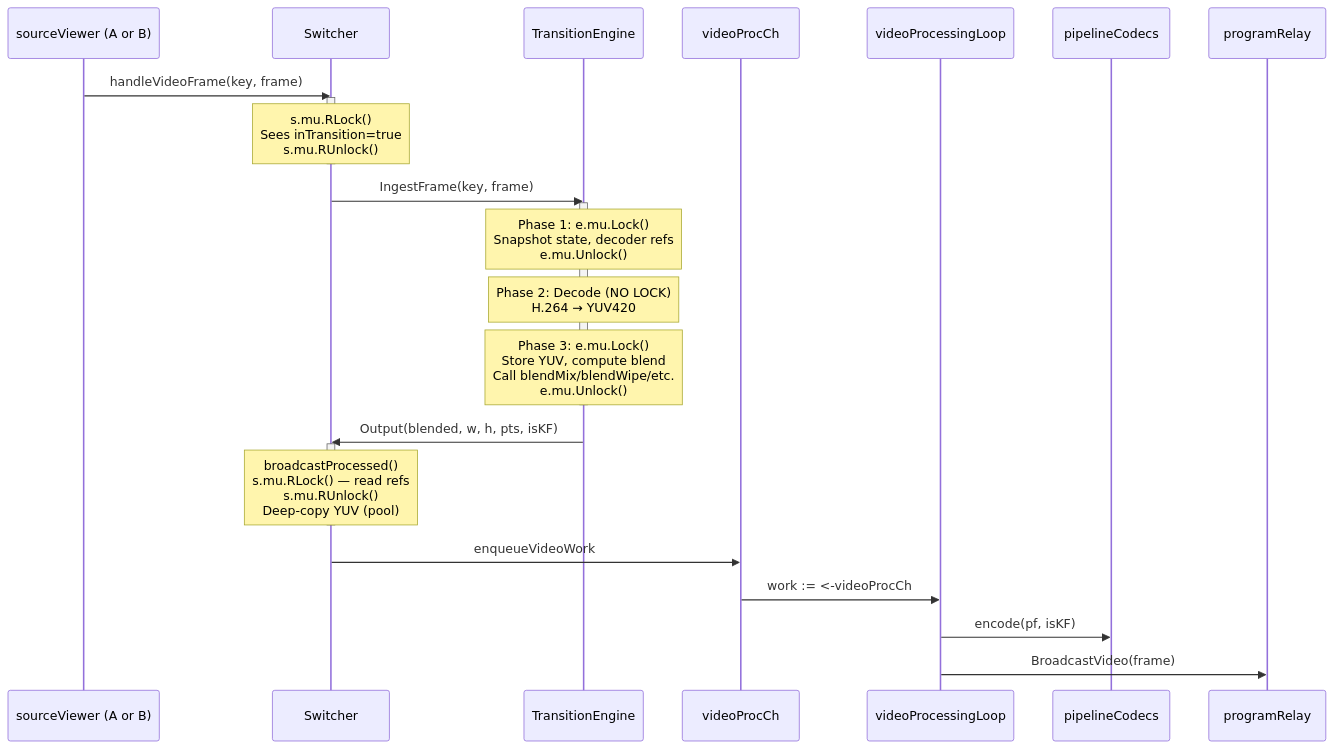
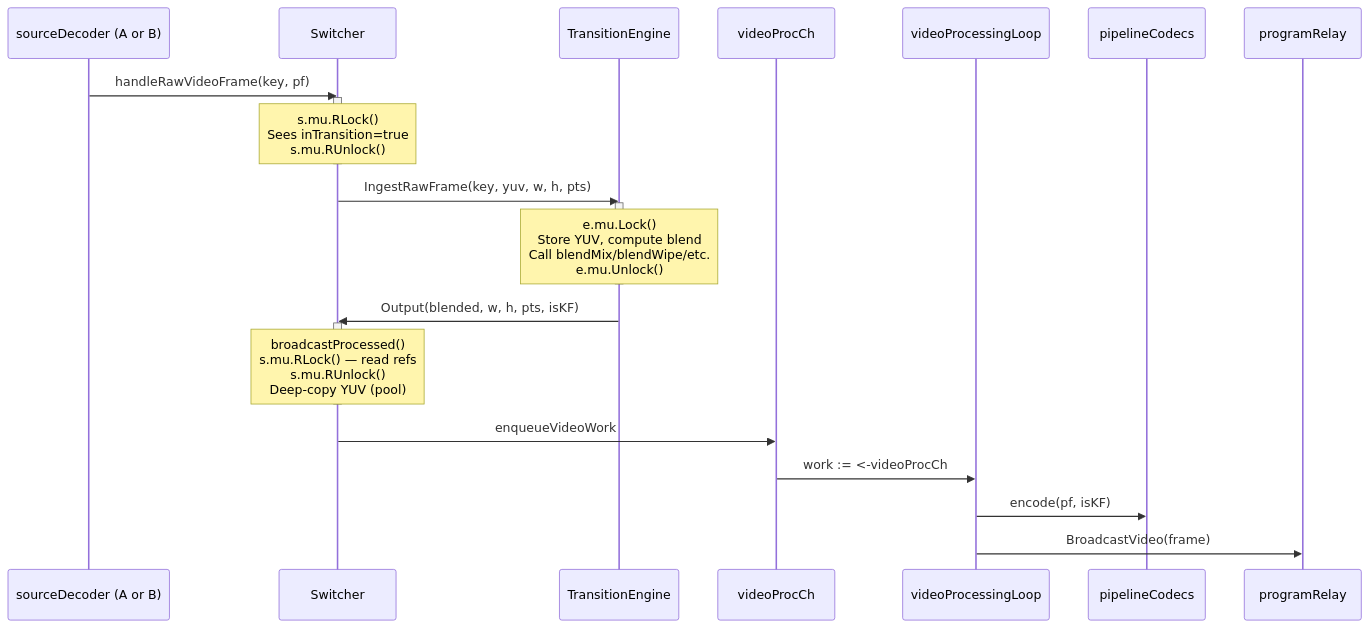
The third of 8 diagrams in docs/locking-and-concurrency.md (zsiec/switchframe), drawn with Mermaid before and after one commit. The commit also changed other lines of this file and 2 other files, not shown here.

First line of the commit message:
docs: update architecture and locking docs for always-decode

````diff
--- a/docs/locking-and-concurrency.md
+++ b/docs/locking-and-concurrency.md
@@ -187,34 +188,30 @@
 ```mermaid
 sequenceDiagram
-    participant SV as sourceViewer (A or B)
+    participant SD as sourceDecoder (A or B)
     participant SW as Switcher
     participant TE as TransitionEngine
     participant CH as videoProcCh
     participant PL as videoProcessingLoop
     participant PC as pipelineCodecs
     participant PR as programRelay
 
-    SV->>SW: handleVideoFrame(key, frame)
+    SD->>SW: handleRawVideoFrame(key, pf)
     activate SW
     Note over SW: s.mu.RLock()<br/>Sees inTransition=true<br/>s.mu.RUnlock()
     deactivate SW
 
-    SW->>TE: IngestFrame(key, frame)
+    SW->>TE: IngestRawFrame(key, yuv, w, h, pts)
     activate TE
-    Note over TE: Phase 1: e.mu.Lock()<br/>Snapshot state, decoder refs<br/>e.mu.Unlock()
-
-    Note over TE: Phase 2: Decode (NO LOCK)<br/>H.264 → YUV420
-
-    Note over TE: Phase 3: e.mu.Lock()<br/>Store YUV, compute blend<br/>Call blendMix/blendWipe/etc.<br/>e.mu.Unlock()
+    Note over TE: e.mu.Lock()<br/>Store YUV, compute blend<br/>Call blendMix/blendWipe/etc.<br/>e.mu.Unlock()
     deactivate TE
 
     TE->>SW: Output(blended, w, h, pts, isKF)
     activate SW
     Note over SW: broadcastProcessed()<br/>s.mu.RLock() — read refs<br/>s.mu.RUnlock()<br/>Deep-copy YUV (pool)
     deactivate SW
 
     SW->>CH: enqueueVideoWork
     CH->>PL: work := <-videoProcCh
     PL->>PC: encode(pf, isKF)
     PL->>PR: BroadcastVideo(frame)
 ```
````
